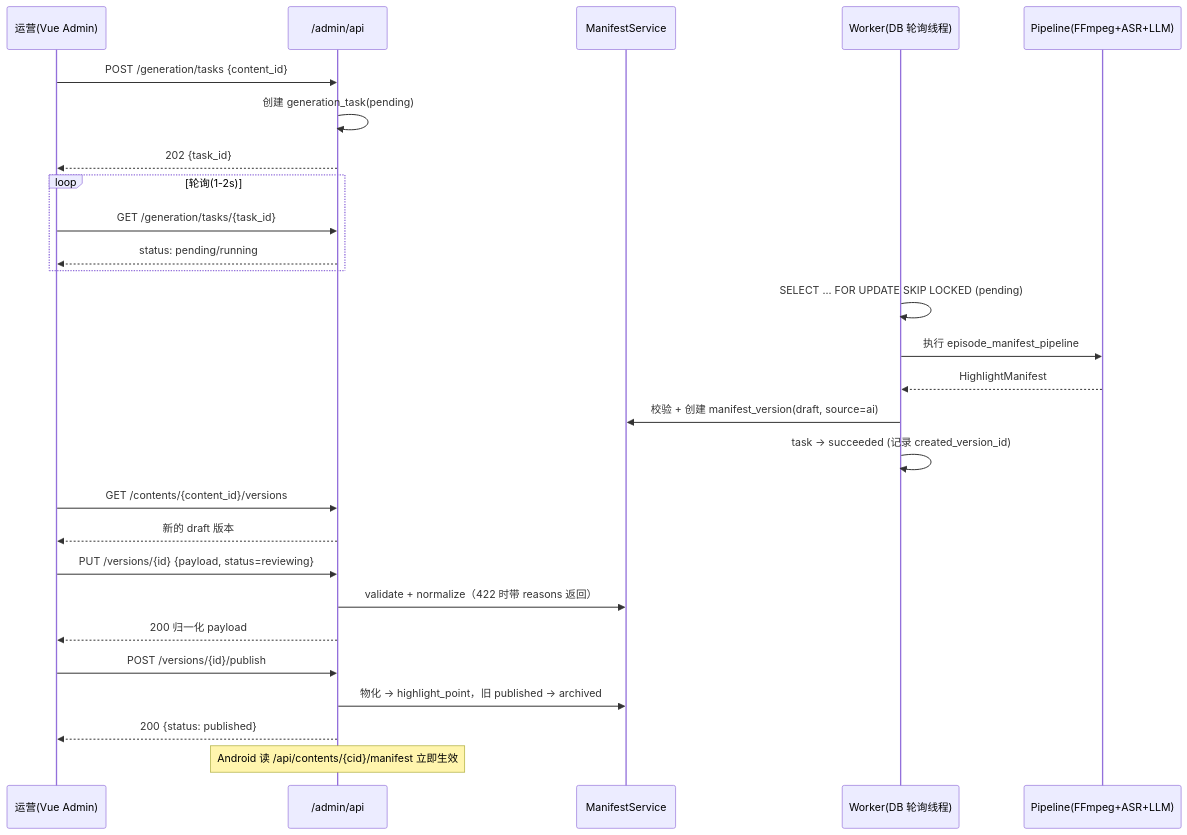
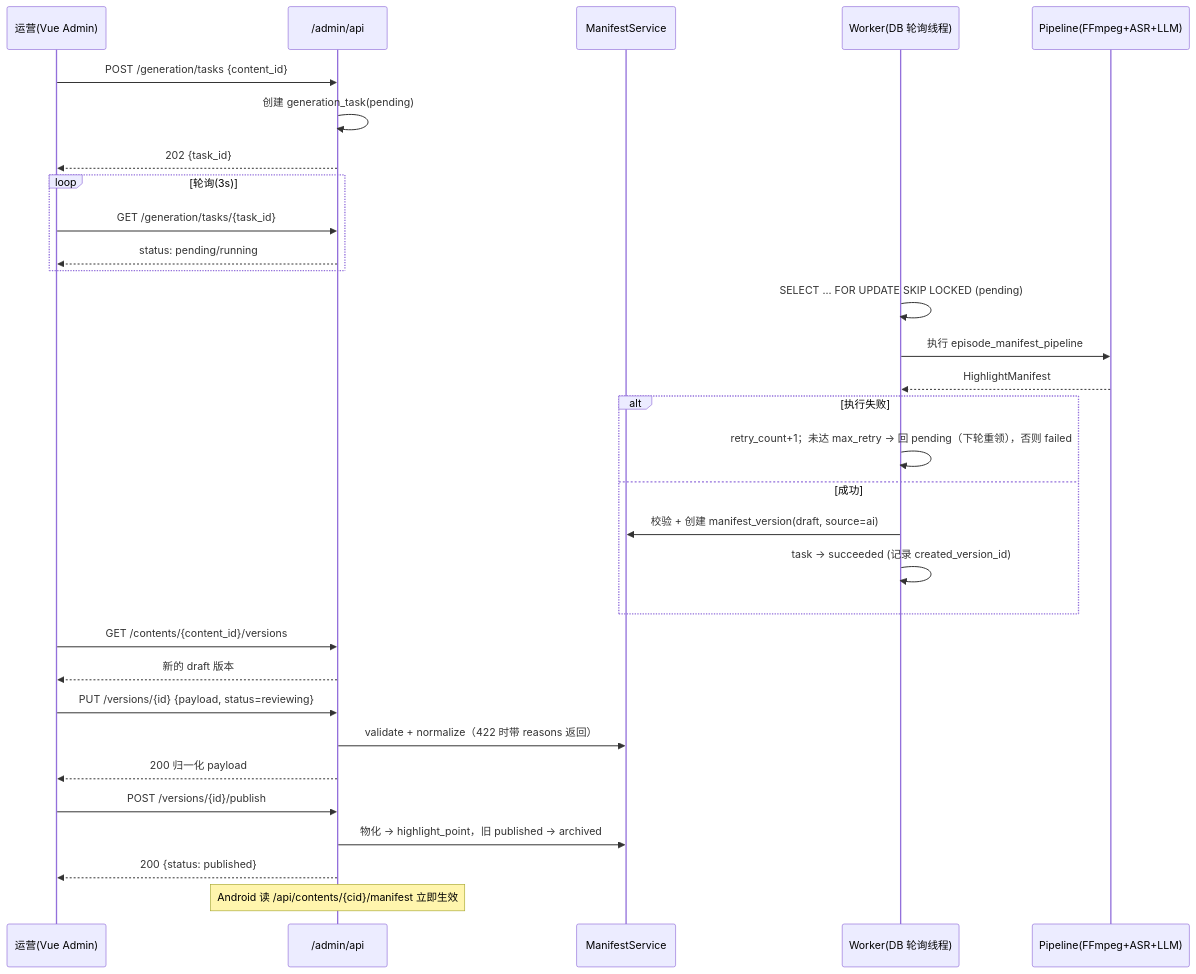
Before and after one commit to Hibicuski/drama-highlight-interaction: the first of 2 diagrams in docs/admin-api-design.md, drawn with Mermaid. The commit also changed other lines of this file and 2 other files, not shown here.

Commit message:
docs: align admin-api/db design docs with implementation; add mermaid state diagrams

````diff
--- a/docs/admin-api-design.md
+++ b/docs/admin-api-design.md
@@ -386,30 +425,34 @@
 ```mermaid
 sequenceDiagram
     participant U as 运营(Vue Admin)
     participant A as /admin/api
     participant S as ManifestService
     participant W as Worker(DB 轮询线程)
     participant P as Pipeline(FFmpeg+ASR+LLM)
 
     U->>A: POST /generation/tasks {content_id}
     A->>A: 创建 generation_task(pending)
     A-->>U: 202 {task_id}
-    loop 轮询(1-2s)
+    loop 轮询(3s)
         U->>A: GET /generation/tasks/{task_id}
         A-->>U: status: pending/running
     end
     W->>W: SELECT ... FOR UPDATE SKIP LOCKED (pending)
     W->>P: 执行 episode_manifest_pipeline
     P-->>W: HighlightManifest
-    W->>S: 校验 + 创建 manifest_version(draft, source=ai)
-    W->>W: task → succeeded (记录 created_version_id)
+    alt 执行失败
+        W->>W: retry_count+1；未达 max_retry → 回 pending（下轮重领），否则 failed
+    else 成功
+        W->>S: 校验 + 创建 manifest_version(draft, source=ai)
+        W->>W: task → succeeded (记录 created_version_id)
+    end
     U->>A: GET /contents/{content_id}/versions
     A-->>U: 新的 draft 版本
     U->>A: PUT /versions/{id} {payload, status=reviewing}
     A->>S: validate + normalize（422 时带 reasons 返回）
     A-->>U: 200 归一化 payload
     U->>A: POST /versions/{id}/publish
     A->>S: 物化 → highlight_point，旧 published → archived
     A-->>U: 200 {status: published}
     Note over A: Android 读 /api/contents/{cid}/manifest 立即生效
 ```
````
